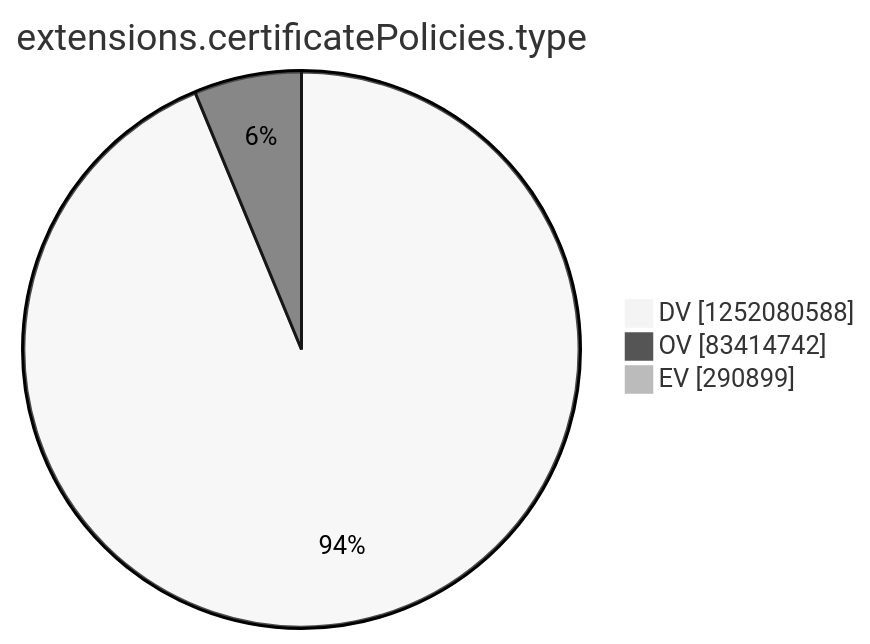
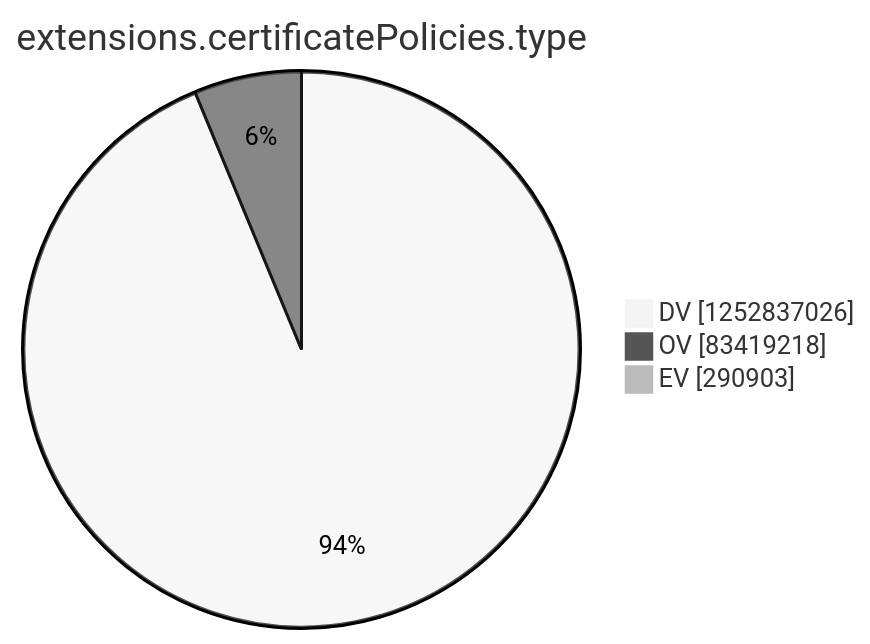
The tenth of 15 diagrams in argon2022/README.md (christiankrug/ctmonitor_visualization), drawn with Mermaid (neutral theme) before and after one commit. The commit also changed other lines of this file, not shown here.

````diff
--- a/argon2022/README.md
+++ b/argon2022/README.md
@@ -2771,7 +2771,7 @@
 ```mermaid
 pie showData
 title extensions.certificatePolicies.type
-"DV" :1252080588
-"OV" :83414742
-"EV" :290899
+"DV" :1252837026
+"OV" :83419218
+"EV" :290903
 ```
````
